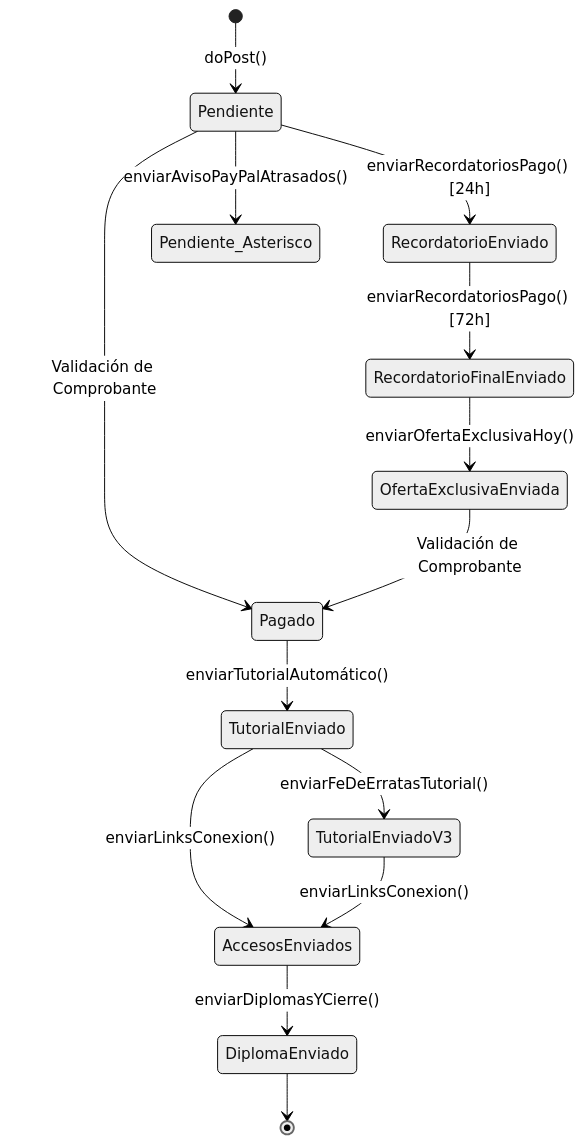
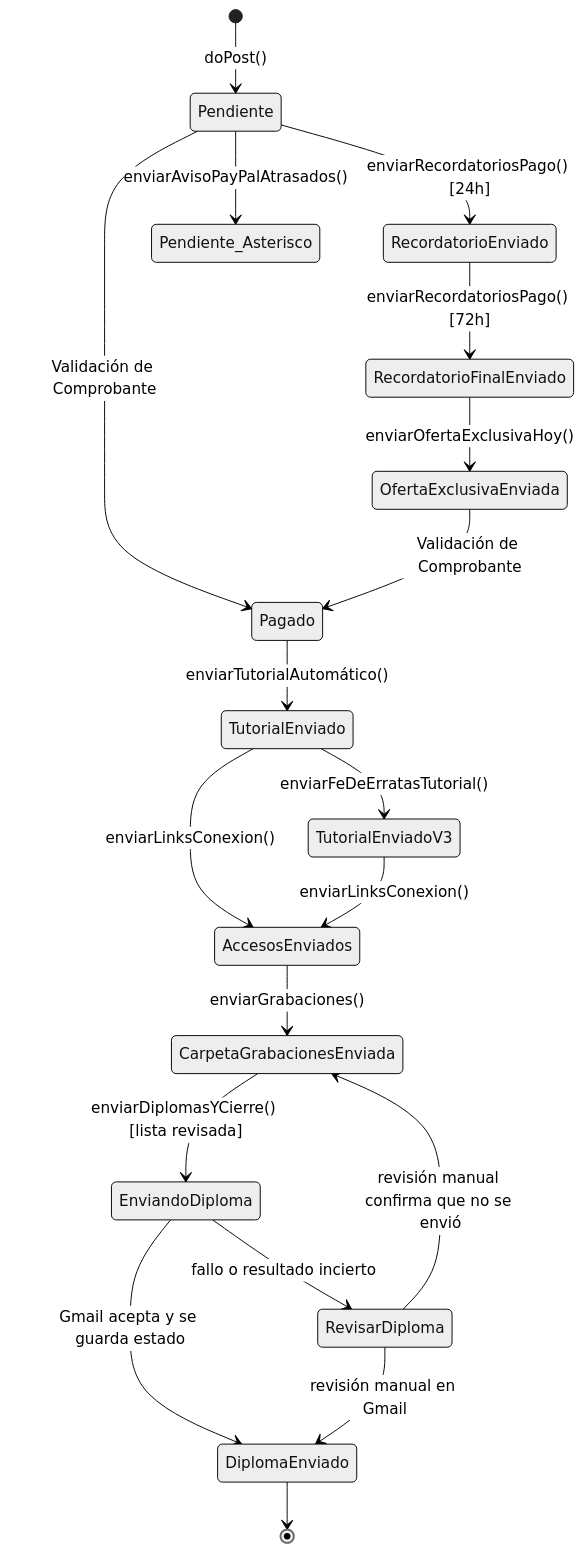
One commit to geoidegeoidal/spatial-ia-web changed the diagram in openspec/specs/crm-automation/spec.md. Above: the diagram before and after it, drawn with Mermaid (neutral theme). The commit also changed other lines of this file and 31 other files, not shown here.

````diff
--- a/openspec/specs/crm-automation/spec.md
+++ b/openspec/specs/crm-automation/spec.md
@@ -28,19 +28,24 @@
 ```mermaid
 stateDiagram-v2
     [*] --> Pendiente: doPost()
     Pendiente --> RecordatorioEnviado: enviarRecordatoriosPago() [24h]
     RecordatorioEnviado --> RecordatorioFinalEnviado: enviarRecordatoriosPago() [72h]
     RecordatorioFinalEnviado --> OfertaExclusivaEnviada: enviarOfertaExclusivaHoy()
     Pendiente --> Pendiente_Asterisco: enviarAvisoPayPalAtrasados()
     
     Pendiente --> Pagado: Validación de Comprobante
     OfertaExclusivaEnviada --> Pagado: Validación de Comprobante
     Pagado --> TutorialEnviado: enviarTutorialAutomático()
     TutorialEnviado --> TutorialEnviadoV3: enviarFeDeErratasTutorial()
     
     TutorialEnviado --> AccesosEnviados: enviarLinksConexion()
     TutorialEnviadoV3 --> AccesosEnviados: enviarLinksConexion()
     
-    AccesosEnviados --> DiplomaEnviado: enviarDiplomasYCierre()
+    AccesosEnviados --> CarpetaGrabacionesEnviada: enviarGrabaciones()
+    CarpetaGrabacionesEnviada --> EnviandoDiploma: enviarDiplomasYCierre() [lista revisada]
+    EnviandoDiploma --> DiplomaEnviado: Gmail acepta y se guarda estado
+    EnviandoDiploma --> RevisarDiploma: fallo o resultado incierto
+    RevisarDiploma --> DiplomaEnviado: revisión manual en Gmail
+    RevisarDiploma --> CarpetaGrabacionesEnviada: revisión manual confirma que no se envió
     DiplomaEnviado --> [*]
 ```
````
